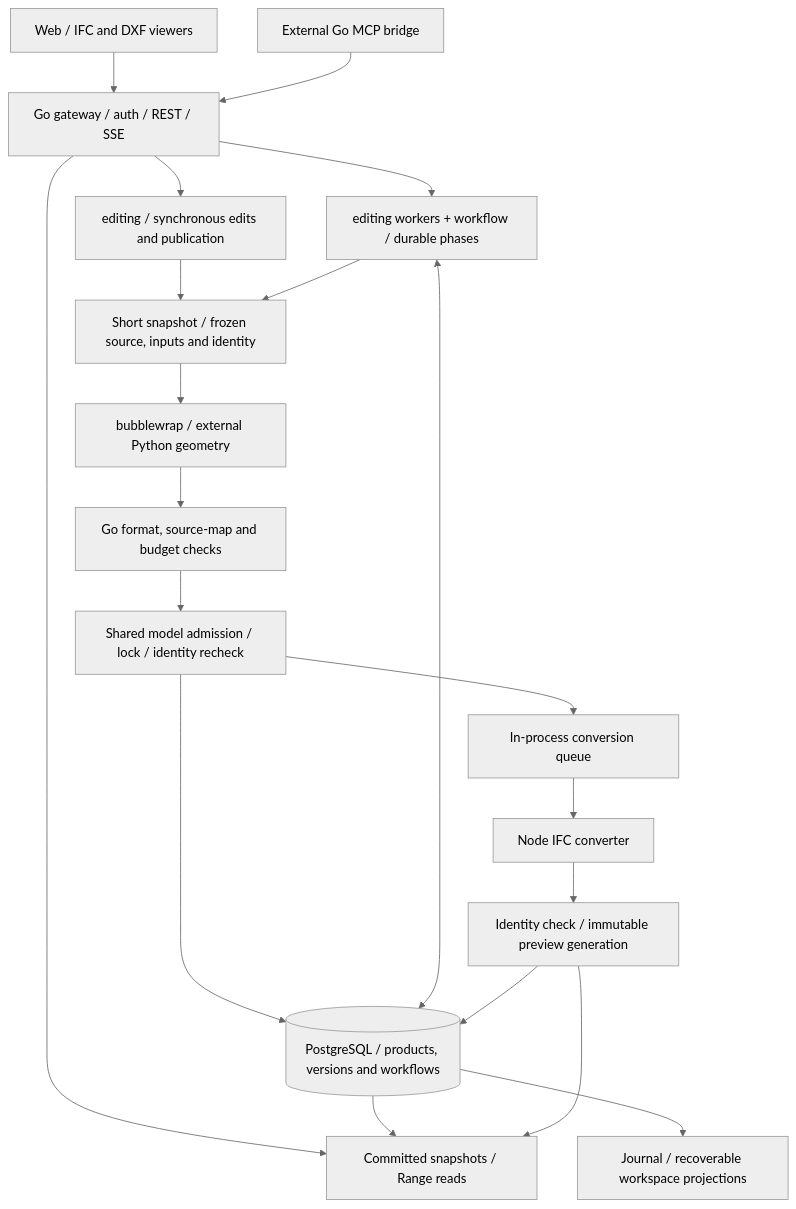
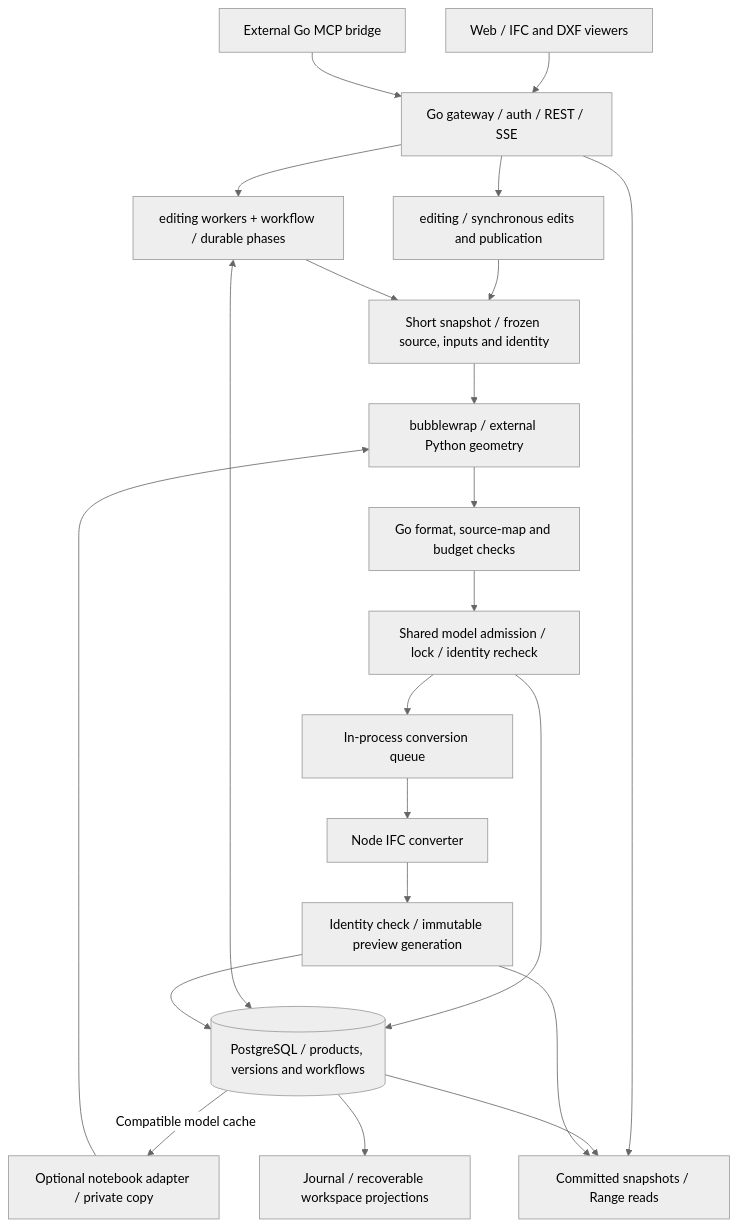
Before and after one commit to 0702hjj/SourceAEC: the diagram in docs/site/en/architecture/overview.md, drawn with Mermaid (neutral theme). The commit also changed other lines of this file and 41 other files, not shown here.

Commit message:
feat: isolate and persist completed notebook cache generations

````diff
--- a/docs/site/en/architecture/overview.md
+++ b/docs/site/en/architecture/overview.md
@@ -8,22 +8,24 @@
 ```mermaid
 flowchart TB
     WEB[Web / IFC and DXF viewers] --> API[Go gateway / auth / REST / SSE]
     MCP[External Go MCP bridge] --> API
     API --> EDIT[editing / synchronous edits and publication]
     API --> WF[editing workers + workflow / durable phases]
     EDIT --> CAPTURE[Short snapshot / frozen source, inputs and identity]
     WF --> CAPTURE
+    PG -->|Compatible model cache| NBC[Optional notebook adapter / private copy]
+    NBC --> SANDBOX
     CAPTURE --> SANDBOX[bubblewrap / external Python geometry]
     SANDBOX --> CHECK[Go format, source-map and budget checks]
     CHECK --> PUBLISH[Shared model admission / lock / identity recheck]
     PUBLISH --> PG[(PostgreSQL / products, versions and workflows)]
     WF <--> PG
     PUBLISH --> QUEUE[In-process conversion queue]
     QUEUE --> NODE[Node IFC converter]
     NODE --> PREVIEW[Identity check / immutable preview generation]
     PREVIEW --> PG
     API --> READ[Committed snapshots / Range reads]
     PG --> READ
     PREVIEW --> READ
     PG --> FILES[Journal / recoverable workspace projections]
 ```
````
